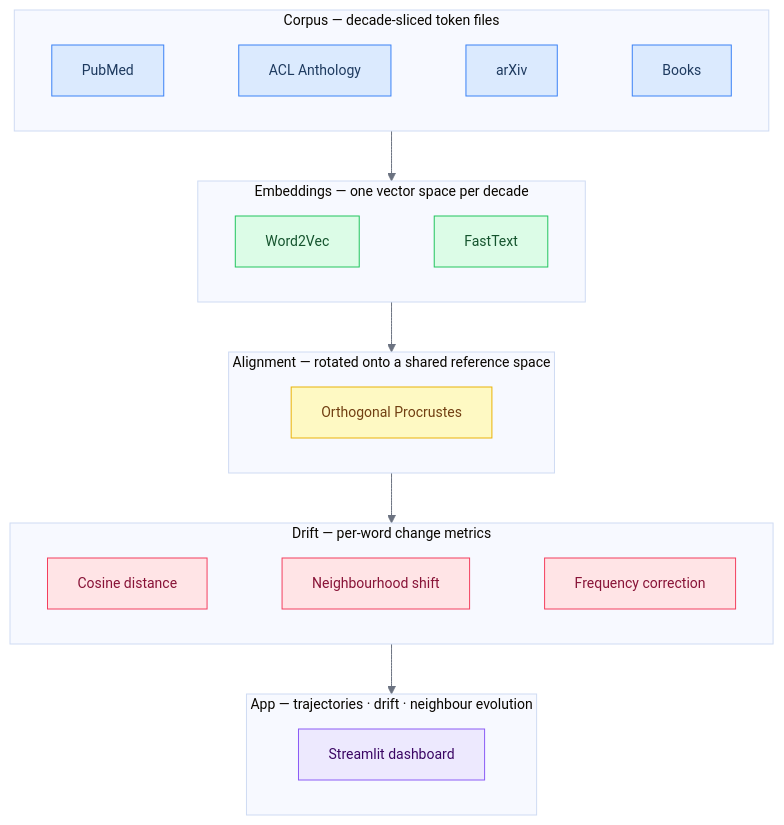
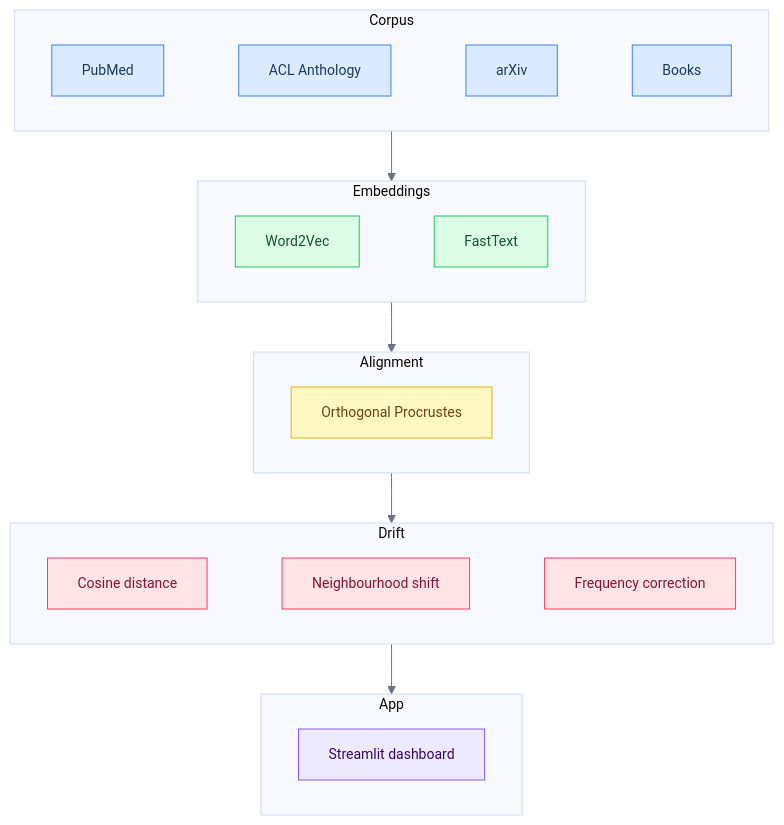
The diagram in README.md (Dovalization/interpretant), drawn with Mermaid before and after one commit.

Commit message:
docs(readme): remove subgraph title descriptions to fix wrapping bug

````diff
--- a/README.md
+++ b/README.md
@@ -46,42 +46,42 @@
 ```mermaid
 %%{init: {'theme': 'base', 'themeVariables': {'fontSize': '14px', 'lineColor': '#6b7280', 'edgeLabelBackground': '#ffffff'}}}%%
 flowchart TD
     classDef corpus  fill:#dbeafe,stroke:#3b82f6,color:#1e3a5f
     classDef embed   fill:#dcfce7,stroke:#22c55e,color:#14532d
     classDef align   fill:#fef9c3,stroke:#eab308,color:#713f12
     classDef drift   fill:#ffe4e6,stroke:#f43f5e,color:#881337
     classDef app     fill:#ede9fe,stroke:#8b5cf6,color:#3b0764
 
-    subgraph corpus["Corpus — decade-sliced token files"]
+    subgraph corpus["Corpus"]
         direction LR
         C1[PubMed] ~~~ C2[ACL Anthology] ~~~ C3[arXiv] ~~~ C4[Books]
     end
 
-    subgraph embed["Embeddings — one vector space per decade"]
+    subgraph embed["Embeddings"]
         direction LR
         E1[Word2Vec] ~~~ E2[FastText]
     end
 
-    subgraph align["Alignment — rotated onto a shared reference space"]
+    subgraph align["Alignment"]
         direction LR
         A1[Orthogonal Procrustes]
     end
 
-    subgraph drift["Drift — per-word change metrics"]
+    subgraph drift["Drift"]
         direction LR
         D1[Cosine distance] ~~~ D2[Neighbourhood shift] ~~~ D3[Frequency correction]
     end
 
-    subgraph app["App — trajectories · drift · neighbour evolution"]
+    subgraph app["App"]
         direction LR
         P1[Streamlit dashboard]
     end
 
     corpus --> embed --> align --> drift --> app
 
     class C1,C2,C3,C4 corpus
     class E1,E2 embed
     class A1 align
     class D1,D2,D3 drift
     class P1 app
 ```
````
